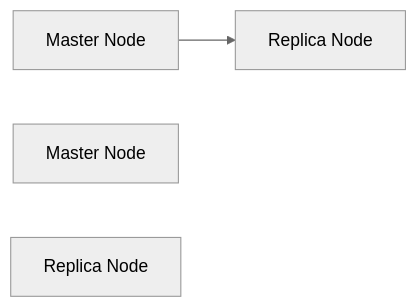
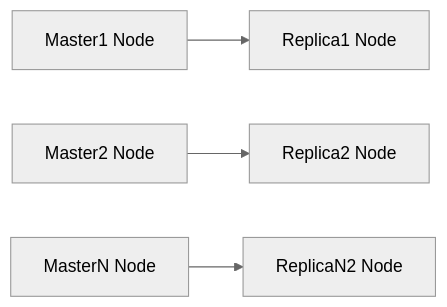
Before and after one commit to QubitSecurity/howto: the diagram in rocky9/app/mysql/ansible_install/readme.md, drawn with Mermaid (neutral theme).

````diff
--- a/rocky9/app/mysql/ansible_install/readme.md
+++ b/rocky9/app/mysql/ansible_install/readme.md
@@ -31,11 +31,16 @@
 ```mermaid
 graph LR
-        Master1[Master Node]
-        Replica1[Replica Node]
+        Master1[Master1 Node]
+        Replica1[Replica1 Node]
 
-        Master2[Master Node]
-        Replica2[Replica Node]
+        Master2[Master2 Node]
+        Replica2[Replica2 Node]
+
+        MasterN[MasterN Node]
+        ReplicaN[ReplicaN2 Node]
 
     Master1 --> Replica1
+    Master2 --> Replica2
+    MasterN --> ReplicaN
 
 ```
````
